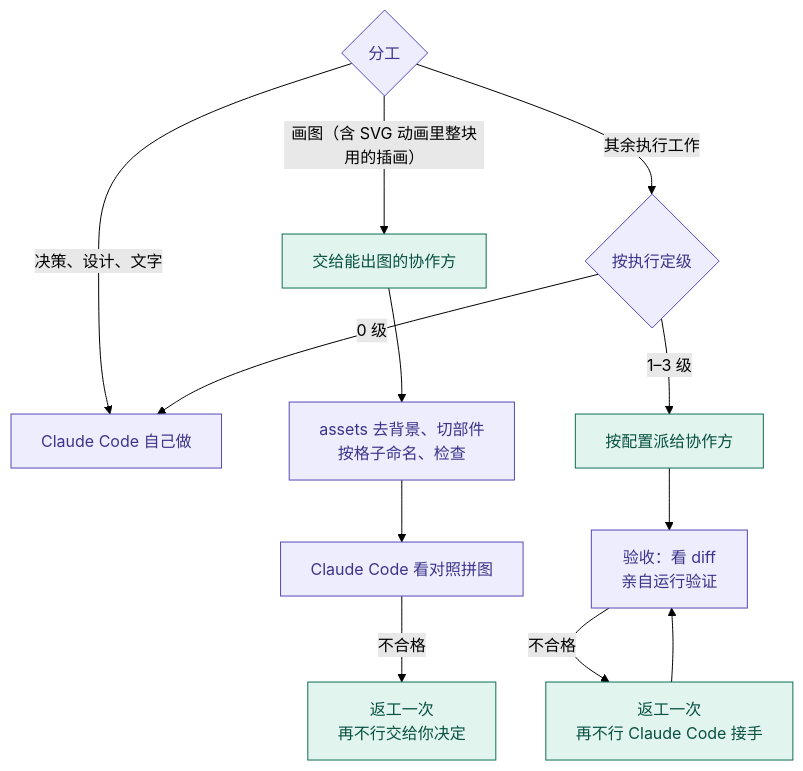
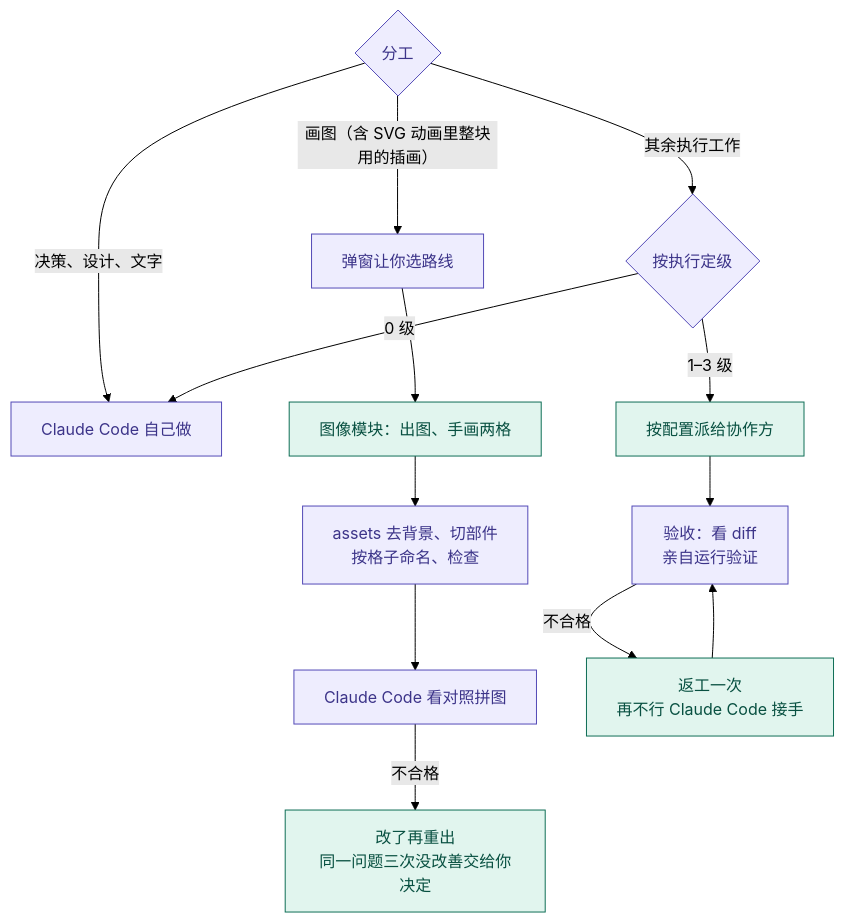
One commit to DaydayupV/claude-foreman changed the third of 4 diagrams in README.md. Above: the diagram before and after it, drawn with Mermaid (forest theme). The commit also changed other lines of this file and 43 other files, not shown here.

````diff
--- a/README.md
+++ b/README.md
@@ -62,19 +62,20 @@
 ```mermaid
 flowchart TD
     r0{"分工"} -- "决策、设计、文字" --> rself["Claude Code 自己做"]
-    r0 -- "画图（含 SVG 动画里整块用的插画）" --> rimg["交给能出图的协作方"]
+    r0 -- "画图（含 SVG 动画里整块用的插画）" --> rroute["弹窗让你选路线"]
+    rroute --> rimg["图像模块：出图、手画两格"]
     r0 -- "其余执行工作" --> rlevel{"按执行定级"}
     rlevel -- "0 级" --> rself
     rlevel -- "1–3 级" --> rrun["按配置派给协作方"]
     rrun --> rcheck["验收：看 diff<br/>亲自运行验证"]
     rimg --> rasset["assets 去背景、切部件<br/>按格子命名、检查"]
     rasset --> rimgcheck["Claude Code 看对照拼图"]
-    rimgcheck -- "不合格" --> rimgredo["返工一次<br/>再不行交给你决定"]
+    rimgcheck -- "不合格" --> rimgredo["改了再重出<br/>同一问题三次没改善交给你决定"]
     rcheck -- "不合格" --> rrework["返工一次<br/>再不行 Claude Code 接手"]
     rrework --> rcheck
 
     classDef claude fill:#EEEDFE,stroke:#534AB7,color:#3C3489
     classDef agent fill:#E1F5EE,stroke:#0F6E56,color:#085041
-    class r0,rself,rlevel,rcheck,rasset,rimgcheck claude
+    class r0,rself,rroute,rlevel,rcheck,rasset,rimgcheck claude
     class rimg,rrun,rrework,rimgredo agent
 ```
````
